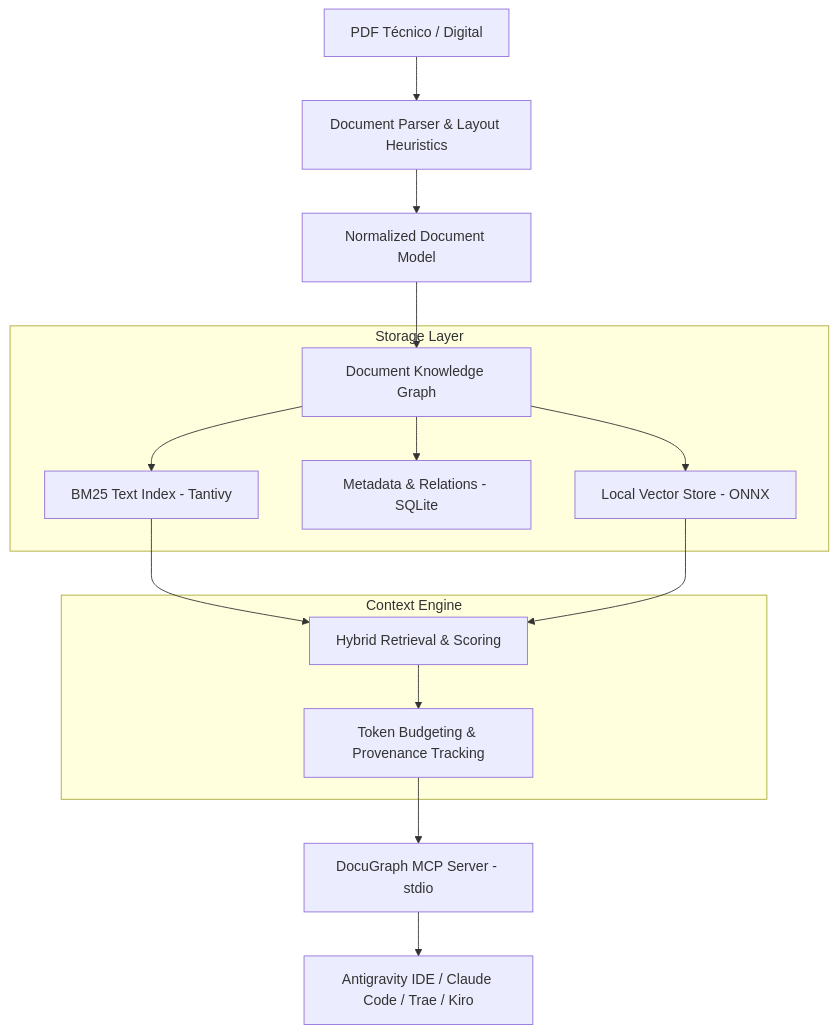
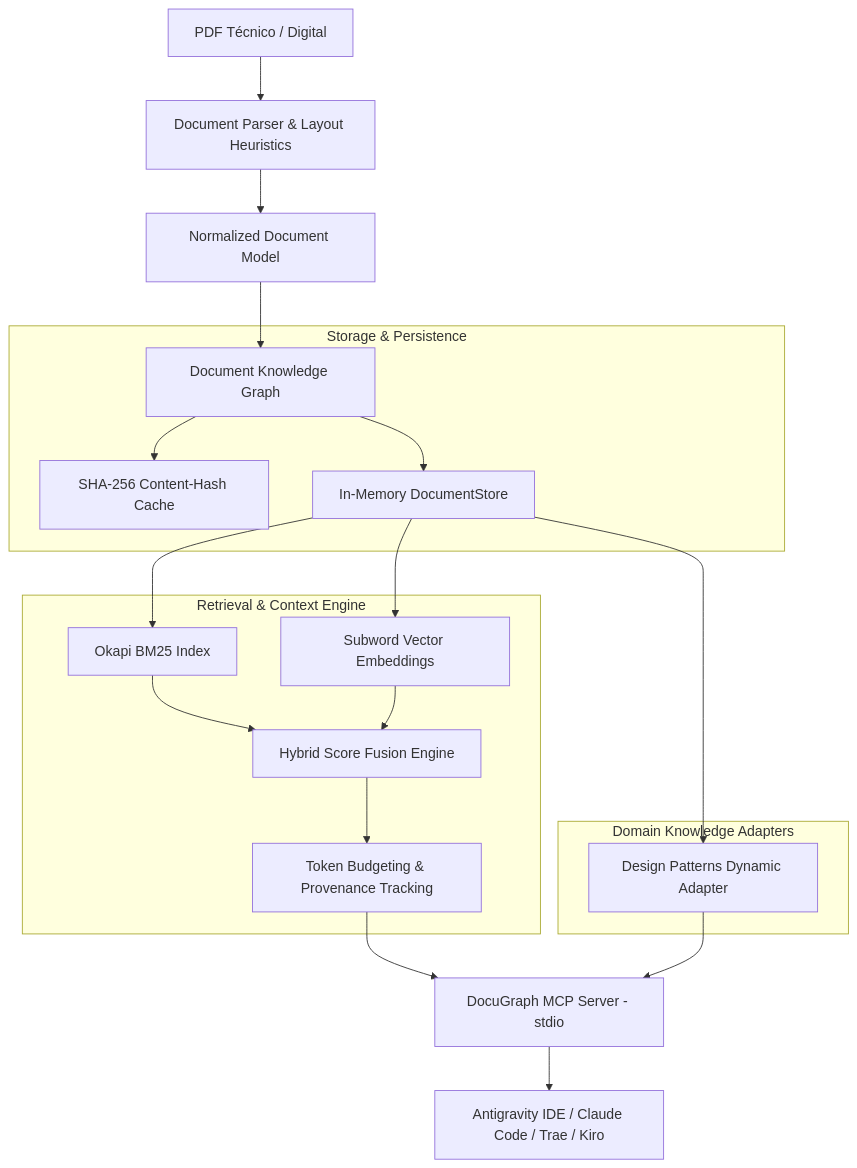
One commit to yoiberdev/docugraph-mcp changed the diagram in README.md. Above: the diagram before and after it, drawn with Mermaid. The commit also changed other lines of this file and 3 other files, not shown here.

````diff
--- a/README.md
+++ b/README.md
@@ -29,21 +29,27 @@
 ```mermaid
 flowchart TD
     PDF[PDF Técnico / Digital] --> Parser[Document Parser & Layout Heuristics]
     Parser --> NormDoc[Normalized Document Model]
     NormDoc --> Graph[Document Knowledge Graph]
     
-    subgraph Storage Layer
-        Graph --> TantivyIdx[BM25 Text Index - Tantivy]
-        Graph --> MetaDB[Metadata & Relations - SQLite]
-        Graph --> VectorStore[Local Vector Store - ONNX]
+    subgraph Storage & Persistence
+        Graph --> DiskCache[SHA-256 Content-Hash Cache]
+        Graph --> DocStore[In-Memory DocumentStore]
     end
     
-    subgraph Context Engine
-        TantivyIdx --> HybridEngine[Hybrid Retrieval & Scoring]
-        VectorStore --> HybridEngine
+    subgraph Retrieval & Context Engine
+        DocStore --> BM25Idx[Okapi BM25 Index]
+        DocStore --> EmbeddingModel[Subword Vector Embeddings]
+        BM25Idx --> HybridEngine[Hybrid Score Fusion Engine]
+        EmbeddingModel --> HybridEngine
         HybridEngine --> ContextBudget[Token Budgeting & Provenance Tracking]
     end
     
+    subgraph Domain Knowledge Adapters
+        DocStore --> DesignPatterns[Design Patterns Dynamic Adapter]
+    end
+    
     ContextBudget --> MCPServer[DocuGraph MCP Server - stdio]
+    DesignPatterns --> MCPServer
     MCPServer --> Clients[Antigravity IDE / Claude Code / Trae / Kiro]
 ```
````
